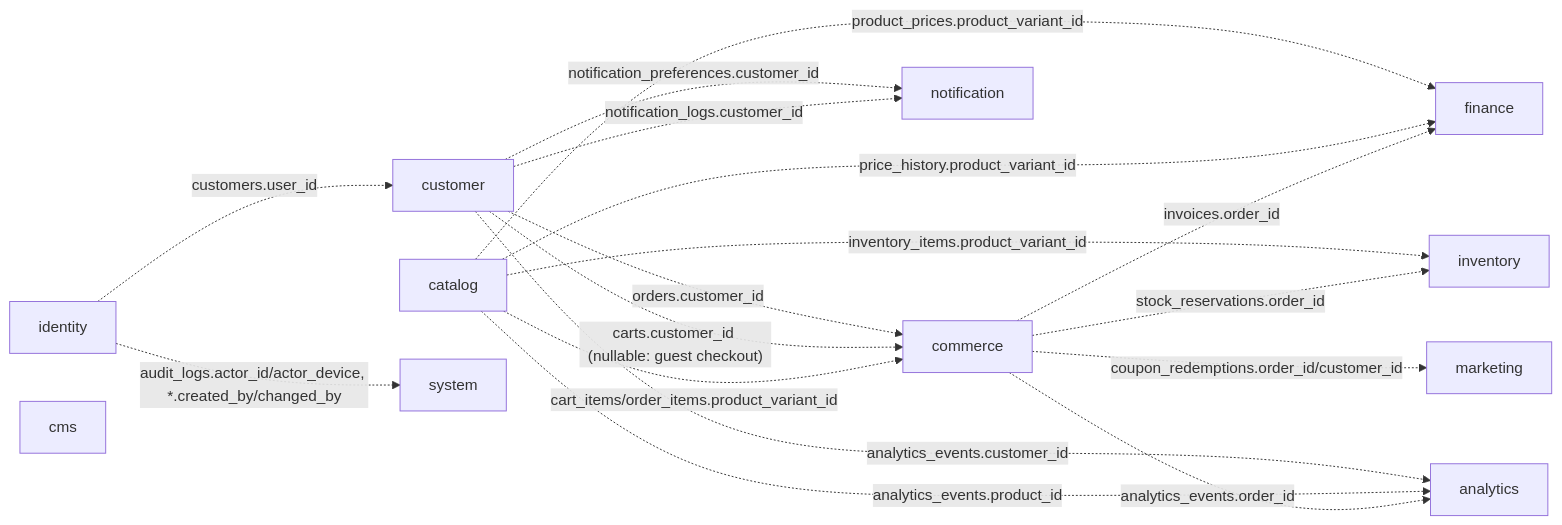
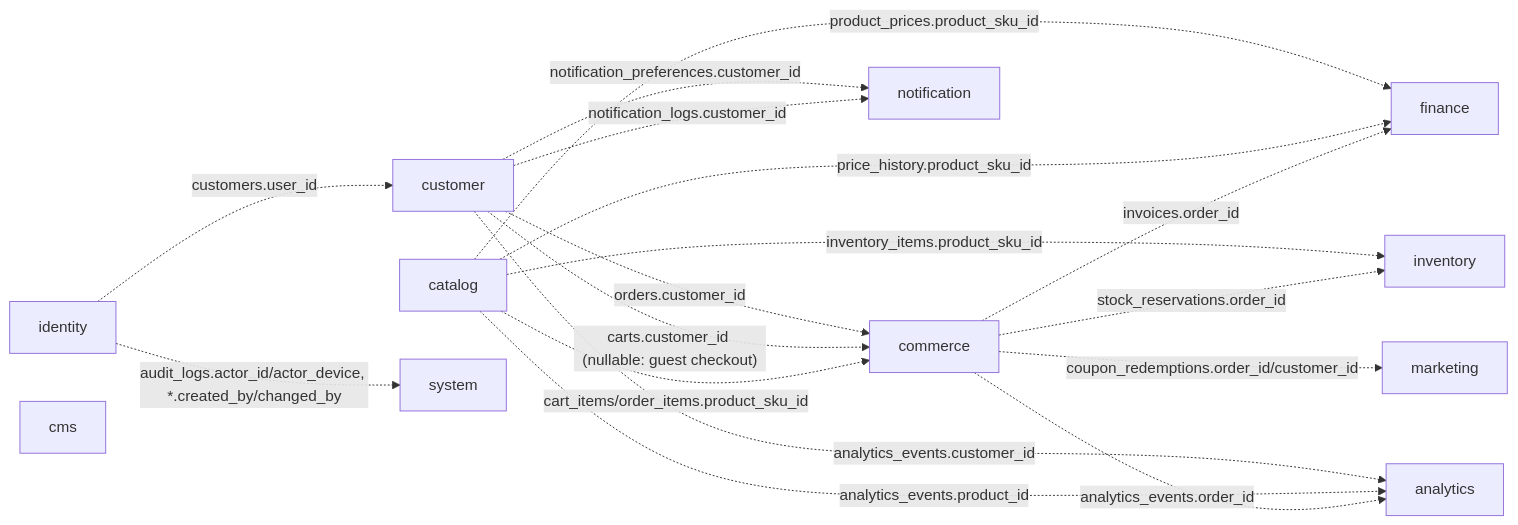
One commit to HuseinHbz/Didar changed the first of 12 diagrams in docs/database/erd.md. Above: the diagram before and after it, drawn with Mermaid. The commit also changed other lines of this file and 12 other files, not shown here.

````diff
--- a/docs/database/erd.md
+++ b/docs/database/erd.md
@@ -24,31 +24,31 @@
 ```mermaid
 graph LR
     identity["identity"]
     customer["customer"]
     catalog["catalog"]
     inventory["inventory"]
     commerce["commerce"]
     marketing["marketing"]
     finance["finance"]
     notification["notification"]
     cms["cms"]
     analytics["analytics"]
     system["system"]
 
     identity -. "customers.user_id" .-> customer
     customer -. "orders.customer_id" .-> commerce
     customer -. "carts.customer_id (nullable: guest checkout)" .-> commerce
-    catalog -. "product_prices.product_variant_id" .-> finance
-    catalog -. "price_history.product_variant_id" .-> finance
-    catalog -. "inventory_items.product_variant_id" .-> inventory
-    catalog -. "cart_items/order_items.product_variant_id" .-> commerce
+    catalog -. "product_prices.product_sku_id" .-> finance
+    catalog -. "price_history.product_sku_id" .-> finance
+    catalog -. "inventory_items.product_sku_id" .-> inventory
+    catalog -. "cart_items/order_items.product_sku_id" .-> commerce
     commerce -. "invoices.order_id" .-> finance
     commerce -. "stock_reservations.order_id" .-> inventory
     commerce -. "coupon_redemptions.order_id/customer_id" .-> marketing
     customer -. "notification_preferences.customer_id" .-> notification
     customer -. "notification_logs.customer_id" .-> notification
     customer -. "analytics_events.customer_id" .-> analytics
     catalog -. "analytics_events.product_id" .-> analytics
     commerce -. "analytics_events.order_id" .-> analytics
     identity -. "audit_logs.actor_id/actor_device, *.created_by/changed_by" .-> system
 ```
````
